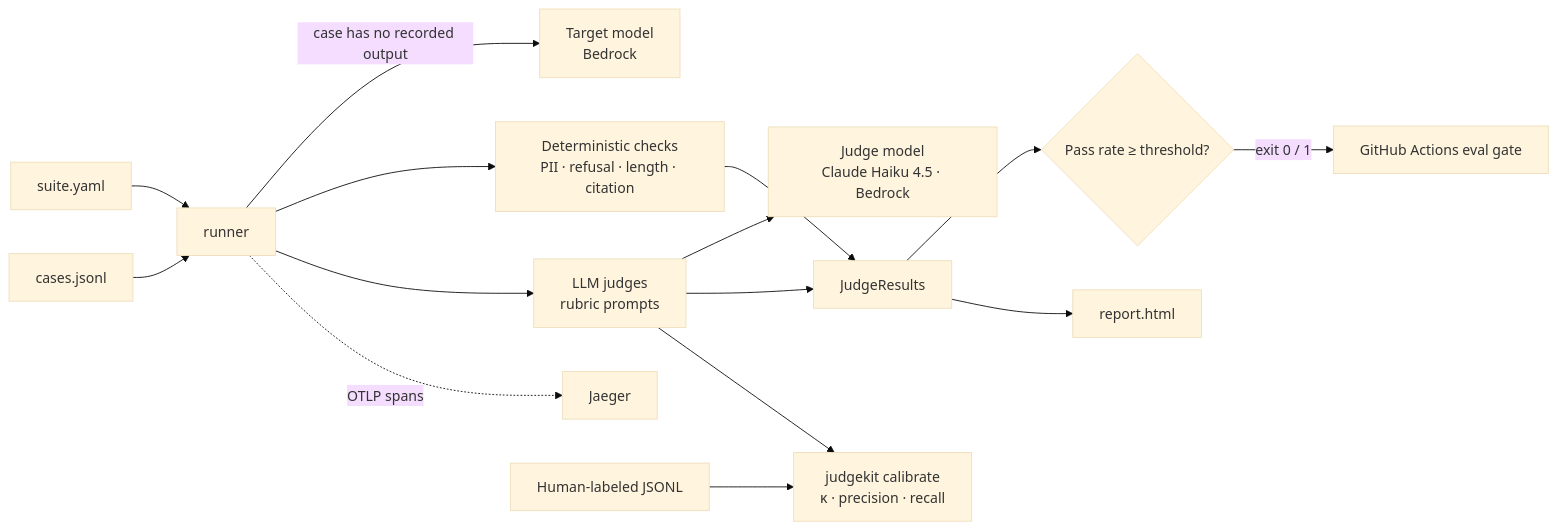
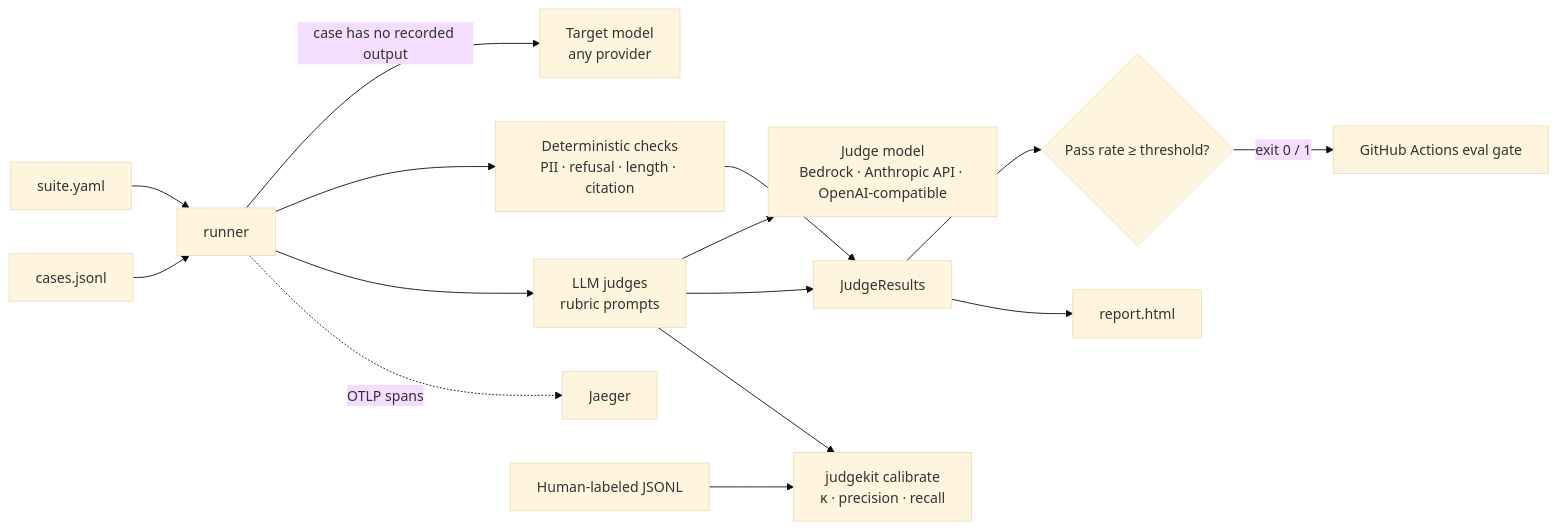
One commit to VigneshReddy23/judgekit changed the diagram in README.md. Above: the diagram before and after it, drawn with Mermaid (base theme). The commit also changed other lines of this file and 16 other files, not shown here.

First line of the commit message:
Make judgekit model-agnostic: Bedrock, Anthropic API, or any OpenAI-compatible endpoint

````diff
--- a/README.md
+++ b/README.md
@@ -29,17 +31,17 @@
 ```mermaid
 flowchart LR
     suite[suite.yaml] --> runner
     cases[cases.jsonl] --> runner
-    runner -->|case has no recorded output| target[Target model<br/>Bedrock]
+    runner -->|case has no recorded output| target[Target model<br/>any provider]
     runner --> checks[Deterministic checks<br/>PII · refusal · length · citation]
     runner --> judges[LLM judges<br/>rubric prompts]
-    judges --> judgemodel[Judge model<br/>Claude Haiku 4.5 · Bedrock]
+    judges --> judgemodel[Judge model<br/>Bedrock · Anthropic API · OpenAI-compatible]
     checks --> results[JudgeResults]
     judges --> results
     results --> gate{Pass rate ≥ threshold?}
     gate -->|exit 0 / 1| ci[GitHub Actions eval gate]
     results --> report[report.html]
     runner -. OTLP spans .-> jaeger[Jaeger]
     labels[Human-labeled JSONL] --> calibrate[judgekit calibrate<br/>κ · precision · recall]
     judges --> calibrate
 ```
````
